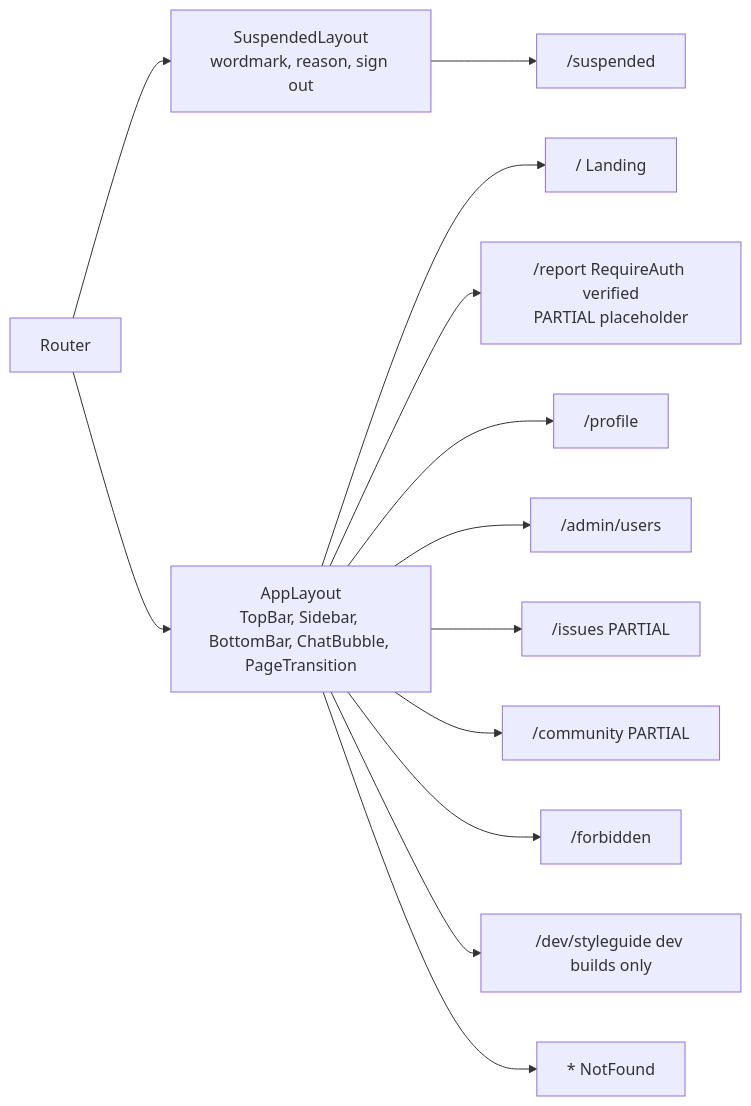
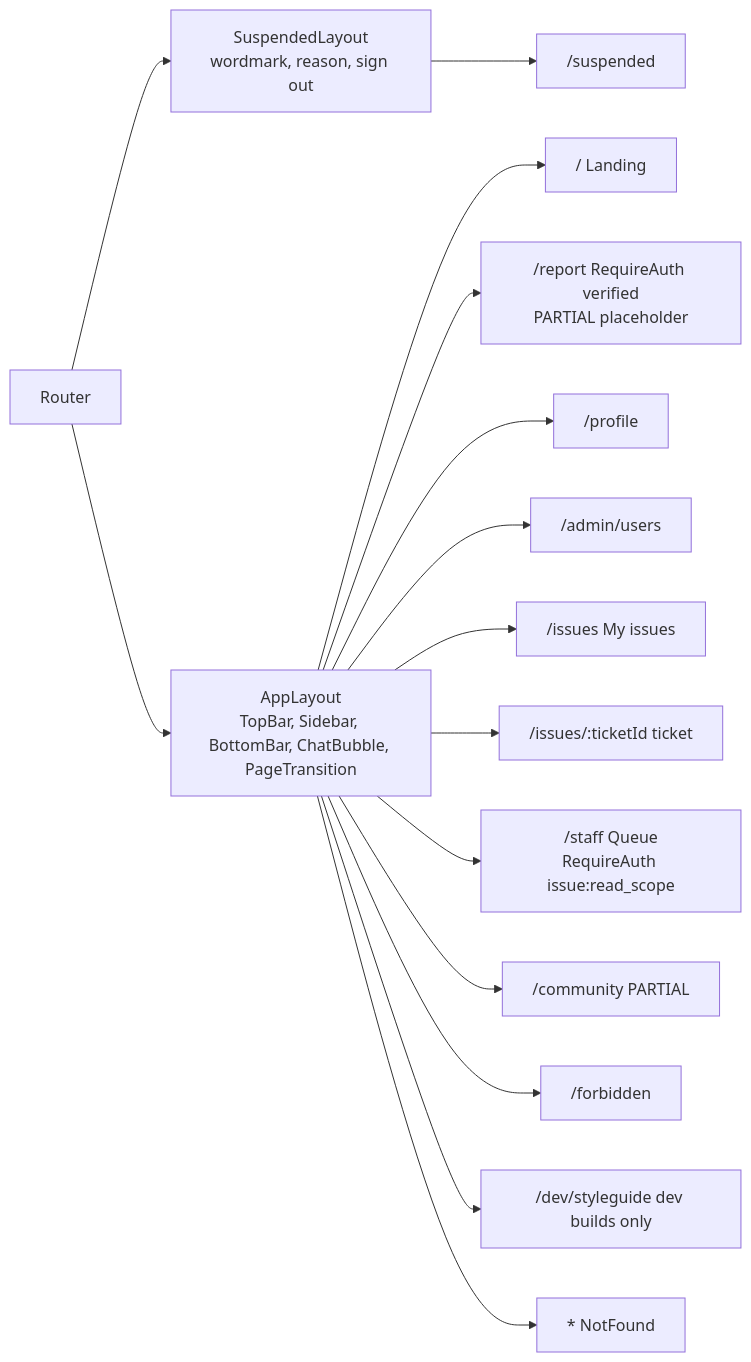
One commit to sachinsharmaa07/NVN changed diagram 34 of 42 in docs/ARCHITECTURE.md. Above: the diagram before and after it, drawn with Mermaid. The commit also changed other lines of this file and 1 other file, not shown here.

````diff
--- a/docs/ARCHITECTURE.md
+++ b/docs/ARCHITECTURE.md
@@ -1614,15 +1615,17 @@
 ```mermaid
 flowchart LR
   R["Router"] --> SL["SuspendedLayout<br/>wordmark, reason, sign out"]
   R --> AL["AppLayout<br/>TopBar, Sidebar, BottomBar, ChatBubble, PageTransition"]
   SL --> S1["/suspended"]
   AL --> L1["/ Landing"]
   AL --> L2["/report RequireAuth verified<br/>PARTIAL placeholder"]
   AL --> L3["/profile"]
   AL --> L4["/admin/users"]
-  AL --> L5["/issues PARTIAL"]
+  AL --> L5["/issues My issues"]
+  AL --> L5b["/issues/:ticketId ticket"]
+  AL --> L5c["/staff Queue<br/>RequireAuth issue:read_scope"]
   AL --> L6["/community PARTIAL"]
   AL --> L7["/forbidden"]
   AL --> L8["/dev/styleguide dev builds only"]
   AL --> L9["* NotFound"]
 ```
````
